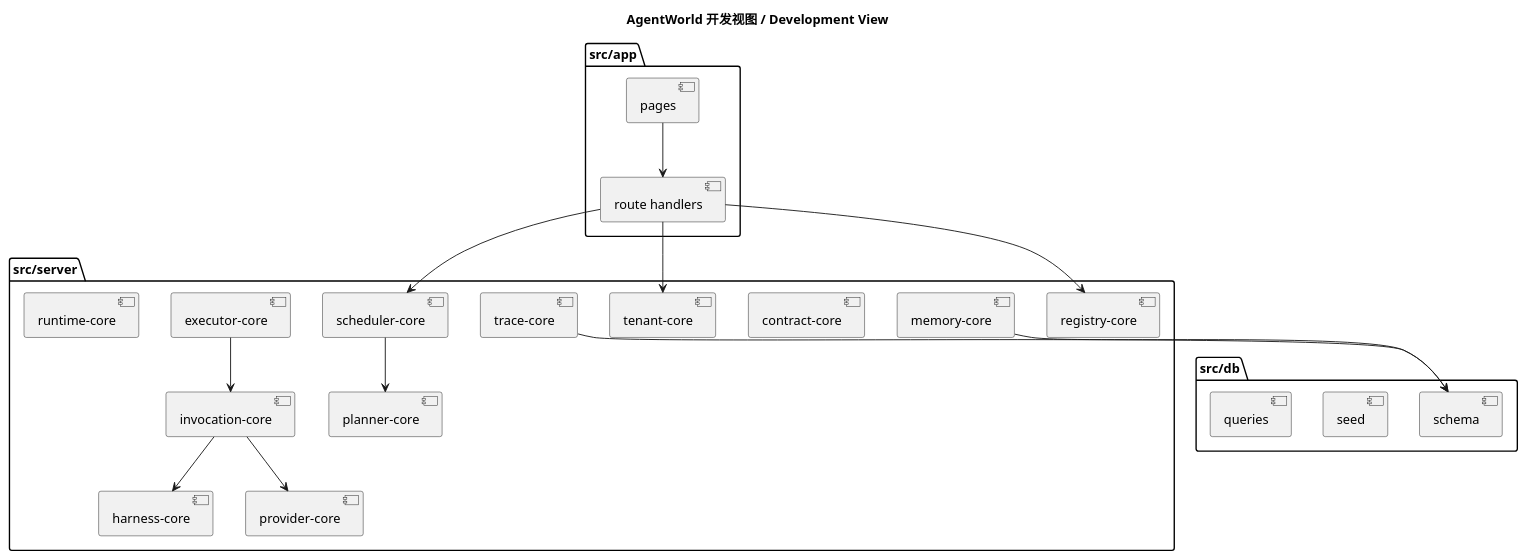
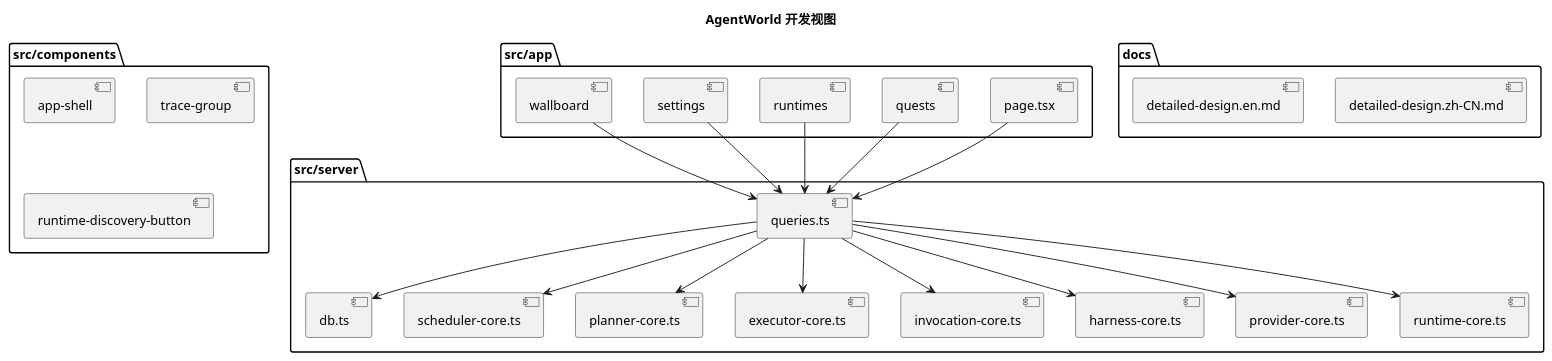
One commit to SimonMing47/agent-world changed the fourth of 7 diagrams in docs/detailed-design.zh-CN.md. Above: the diagram before and after it, drawn with PlantUML. The commit also changed other lines of this file and 29 other files, not shown here.

````diff
--- a/docs/detailed-design.zh-CN.md
+++ b/docs/detailed-design.zh-CN.md
@@ -976,43 +1150,49 @@
 ```plantuml
 @startuml
-title AgentWorld 开发视图 / Development View
-
-package "src/app" {
-  [pages]
-  [route handlers]
+title AgentWorld 开发视图
+folder "src/app" {
+  [page.tsx]
+  [quests]
+  [runtimes]
+  [settings]
+  [wallboard]
 }
 
-package "src/server" {
-  [tenant-core]
-  [registry-core]
-  [contract-core]
-  [scheduler-core]
-  [planner-core]
-  [executor-core]
-  [invocation-core]
-  [harness-core]
-  [memory-core]
-  [trace-core]
-  [provider-core]
-  [runtime-core]
+folder "src/components" {
+  [app-shell]
+  [trace-group]
+  [runtime-discovery-button]
 }
 
-package "src/db" {
-  [schema]
-  [seed]
-  [queries]
+folder "src/server" {
+  [db.ts]
+  [queries.ts]
+  [scheduler-core.ts]
+  [planner-core.ts]
+  [executor-core.ts]
+  [invocation-core.ts]
+  [harness-core.ts]
+  [provider-core.ts]
+  [runtime-core.ts]
 }
 
-[pages] --> [route handlers]
-[route handlers] --> [tenant-core]
-[route handlers] --> [registry-core]
-[route handlers] --> [scheduler-core]
-[scheduler-core] --> [planner-core]
-[executor-core] --> [invocation-core]
-[invocation-core] --> [harness-core]
-[invocation-core] --> [provider-core]
-[memory-core] --> [schema]
-[trace-core] --> [schema]
+folder "docs" {
+  [detailed-design.zh-CN.md]
+  [detailed-design.en.md]
+}
 
+[page.tsx] --> [queries.ts]
+[quests] --> [queries.ts]
+[runtimes] --> [queries.ts]
+[settings] --> [queries.ts]
+[wallboard] --> [queries.ts]
+[queries.ts] --> [db.ts]
+[queries.ts] --> [scheduler-core.ts]
+[queries.ts] --> [planner-core.ts]
+[queries.ts] --> [executor-core.ts]
+[queries.ts] --> [invocation-core.ts]
+[queries.ts] --> [harness-core.ts]
+[queries.ts] --> [provider-core.ts]
+[queries.ts] --> [runtime-core.ts]
 @enduml
 ```
````
